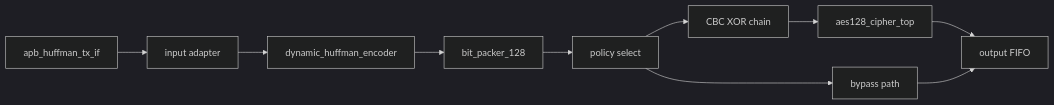
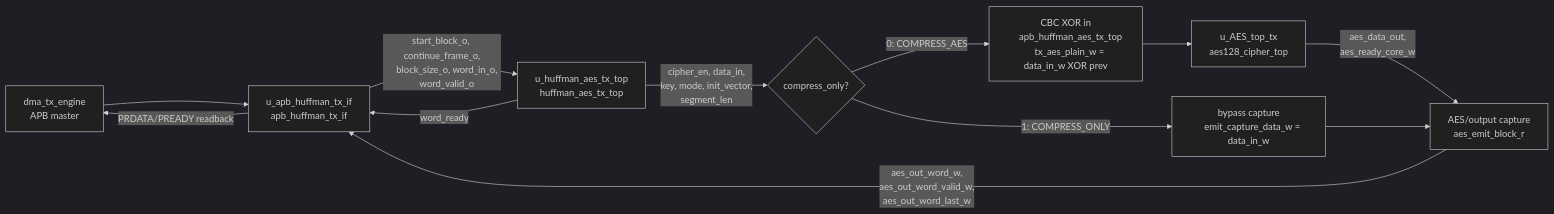
Before and after one commit to ngoquocan139/AES_huffman_all6: the second of 4 diagrams in docs/tx_path_end_to_end_spec.md, drawn with Mermaid (dark theme). The commit also changed other lines of this file and 33 other files, not shown here.

````diff
--- a/docs/tx_path_end_to_end_spec.md
+++ b/docs/tx_path_end_to_end_spec.md
@@ -156,12 +164,35 @@
 ```mermaid
 flowchart LR
-    APB["apb_huffman_tx_if"] --> ADP["input adapter"]
-    ADP --> HUF["dynamic_huffman_encoder"]
-    HUF --> PK["bit_packer_128"]
-    PK --> SEL["policy select"]
-    SEL --> CBC["CBC XOR chain"]
-    CBC --> AES["aes128_cipher_top"]
-    SEL --> BYP["bypass path"]
-    AES --> FIFO["output FIFO"]
-    BYP --> FIFO
+    DMA["dma_tx_engine
+    APB master"] --> APBIF["u_apb_huffman_tx_if
+    apb_huffman_tx_if"]
+
+    APBIF -->|"start_block_o, continue_frame_o,
+    block_size_o, word_in_o,
+    word_valid_o"| TXCORE["u_huffman_aes_tx_top
+    huffman_aes_tx_top"]
+
+    TXCORE -->|"word_ready"| APBIF
+
+    TXCORE -->|"cipher_en, data_in,
+    key, mode, init_vector,
+    segment_len"| POLICY{"compress_only?"}
+
+    POLICY -->|"0: COMPRESS_AES"| CBC["CBC XOR in
+    apb_huffman_aes_tx_top
+    tx_aes_plain_w = data_in_w XOR prev"]
+    CBC --> AES["u_AES_top_tx
+    aes128_cipher_top"]
+    AES -->|"aes_data_out,
+    aes_ready_core_w"| EMIT["AES/output capture
+    aes_emit_block_r"]
+
+    POLICY -->|"1: COMPRESS_ONLY"| BYPASS["bypass capture
+    emit_capture_data_w = data_in_w"]
+    BYPASS --> EMIT
+
+    EMIT -->|"aes_out_word_w,
+    aes_out_word_valid_w,
+    aes_out_word_last_w"| APBIF
+    APBIF -->|"PRDATA/PREADY readback"| DMA
 ```
````
